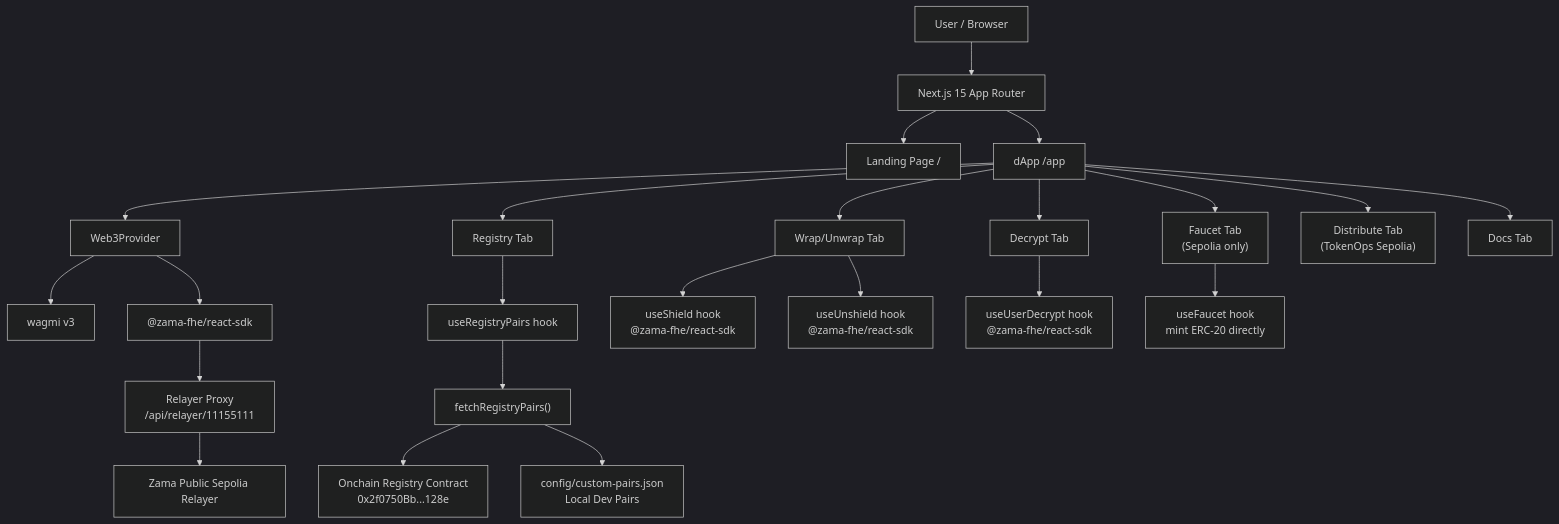
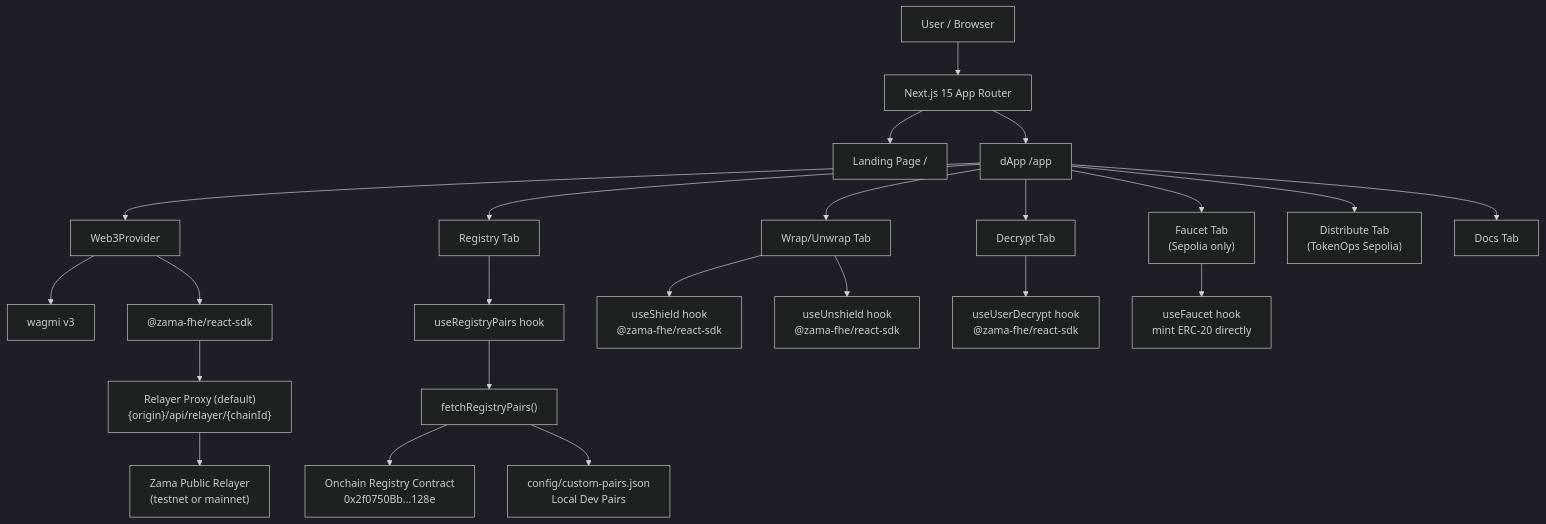
Before and after one commit to pramadanif/macetz: the first of 6 diagrams in README.md, drawn with Mermaid (dark theme). The commit also changed other lines of this file and 3 other files, not shown here.

````diff
--- a/README.md
+++ b/README.md
@@ -169,32 +173,32 @@
 ```mermaid
 graph TD
     A["User / Browser"] --> B["Next.js 15 App Router"]
     B --> C["Landing Page /"]
     B --> D["dApp /app"]
 
     D --> E["Web3Provider"]
     E --> F["wagmi v3"]
     E --> G["@zama-fhe/react-sdk"]
 
     D --> H["Registry Tab"]
     D --> I["Wrap/Unwrap Tab"]
     D --> J["Decrypt Tab"]
     D --> K["Faucet Tab\n(Sepolia only)"]
     D --> L2["Distribute Tab\n(TokenOps Sepolia)"]
     D --> L3["Docs Tab"]
 
     H --> L["useRegistryPairs hook"]
     L --> M["fetchRegistryPairs()"]
     M --> N["Onchain Registry Contract\n0x2f0750Bb...128e"]
     M --> O["config/custom-pairs.json\nLocal Dev Pairs"]
 
     I --> P["useShield hook\n@zama-fhe/react-sdk"]
     I --> Q["useUnshield hook\n@zama-fhe/react-sdk"]
 
     J --> R["useUserDecrypt hook\n@zama-fhe/react-sdk"]
 
     K --> S["useFaucet hook\nmint ERC-20 directly"]
 
-    G --> T["Relayer Proxy\n/api/relayer/11155111"]
-    T --> U["Zama Public Sepolia Relayer"]
+    G --> T["Relayer Proxy (default)\n{origin}/api/relayer/{chainId}"]
+    T --> U["Zama Public Relayer\n(testnet or mainnet)"]
 ```
````
